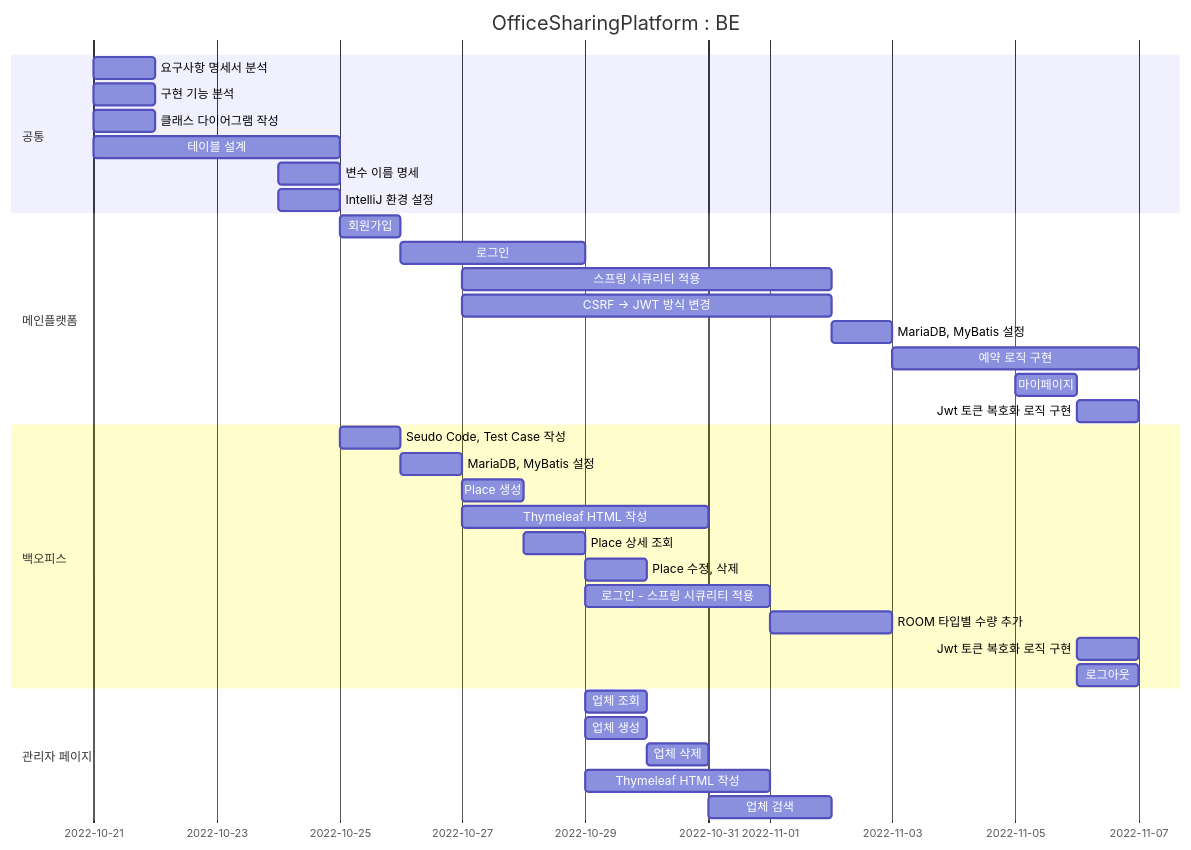
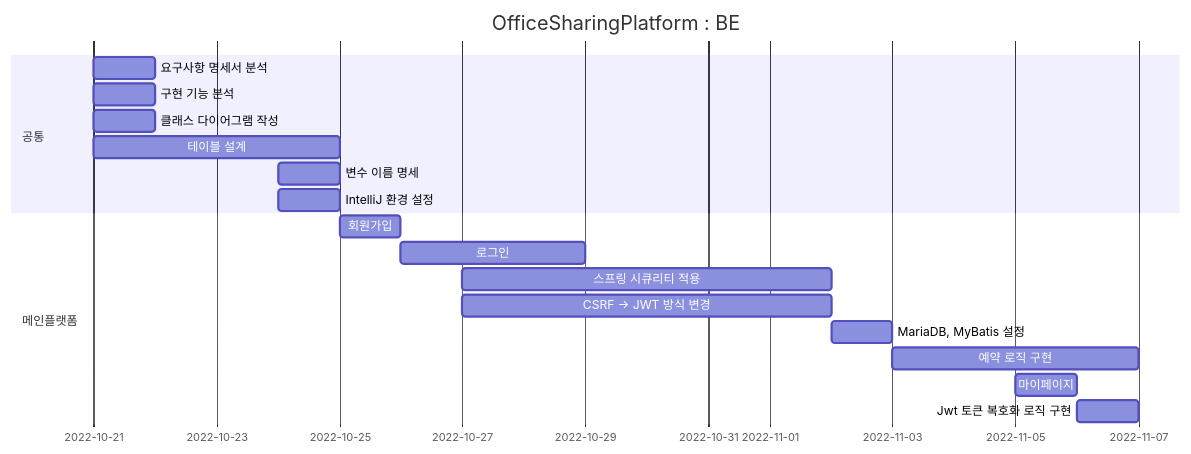
The diagram in README.md (Hell-O-Demon-World/semi-OfficeSharingPlatform), drawn with Mermaid before and after one commit.

Commit message:
update : README

````diff
--- a/README.md
+++ b/README.md
@@ -9,43 +9,25 @@
 ```mermaid
 gantt
 dateFormat MM-DD
 title OfficeSharingPlatform : BE
 
     section 공통
     요구사항 명세서 분석      :chap1, 10-21, 1d
     구현 기능 분석          :chap2, 10-21, 1d
     클래스 다이어그램 작성    :chap3, 10-21, 1d 
     테이블 설계            :chap4, 10-21, 4d
     변수 이름 명세          :chap5, 10-24, 1d
     IntelliJ 환경 설정     :chap6, 10-24, 1d
 
     section 메인플랫폼
     회원가입                :chap1, 10-25, 1d
     로그인                 :chap2, 10-26, 3d
     스프링 시큐리티 적용       :chap3, 10-27, 6d
     CSRF -> JWT 방식 변경   :chap4, 10-27, 6d
     MariaDB, MyBatis 설정  :chap5, 11-02, 1d
     예약 로직 구현           :chap6, 11-03, 4d
     마이페이지               :chap7, 11-05, 1d
     Jwt 토큰 복호화 로직 구현  :chap8, 11-06, 1d
-    
-    section 백오피스
-    Seudo Code, Test Case 작성    :chap1, 10-25, 1d
-    MariaDB, MyBatis 설정         :chap2, 10-26, 1d
-    Place 생성                    :chap3, 10-27, 1d
-    Thymeleaf HTML 작성           :chap4, 10-27, 4d
-    Place 상세 조회                :chap5, 10-28, 1d
-    Place 수정, 삭제               :chap6, 10-29, 1d
-    로그인 - 스프링 시큐리티 적용       :chap7, 10-29, 3d
-    ROOM 타입별 수량 추가            :chap8, 11-01, 2d
-    Jwt 토큰 복호화 로직 구현         :chap9, 11-06, 1d
-    로그아웃                       :chap10, 11-06, 1d
-    
-    section 관리자 페이지
-    업체 조회              :chap1, 10-29, 1d
-    업체 생성              :chap2, 10-29, 1d
-    업체 삭제              :chap3, 10-30, 1d
-    Thymeleaf HTML 작성   :chap4, 10-29, 3d
-    업체 검색              :chap5, 10-31, 2d
+
     
 ```
````
